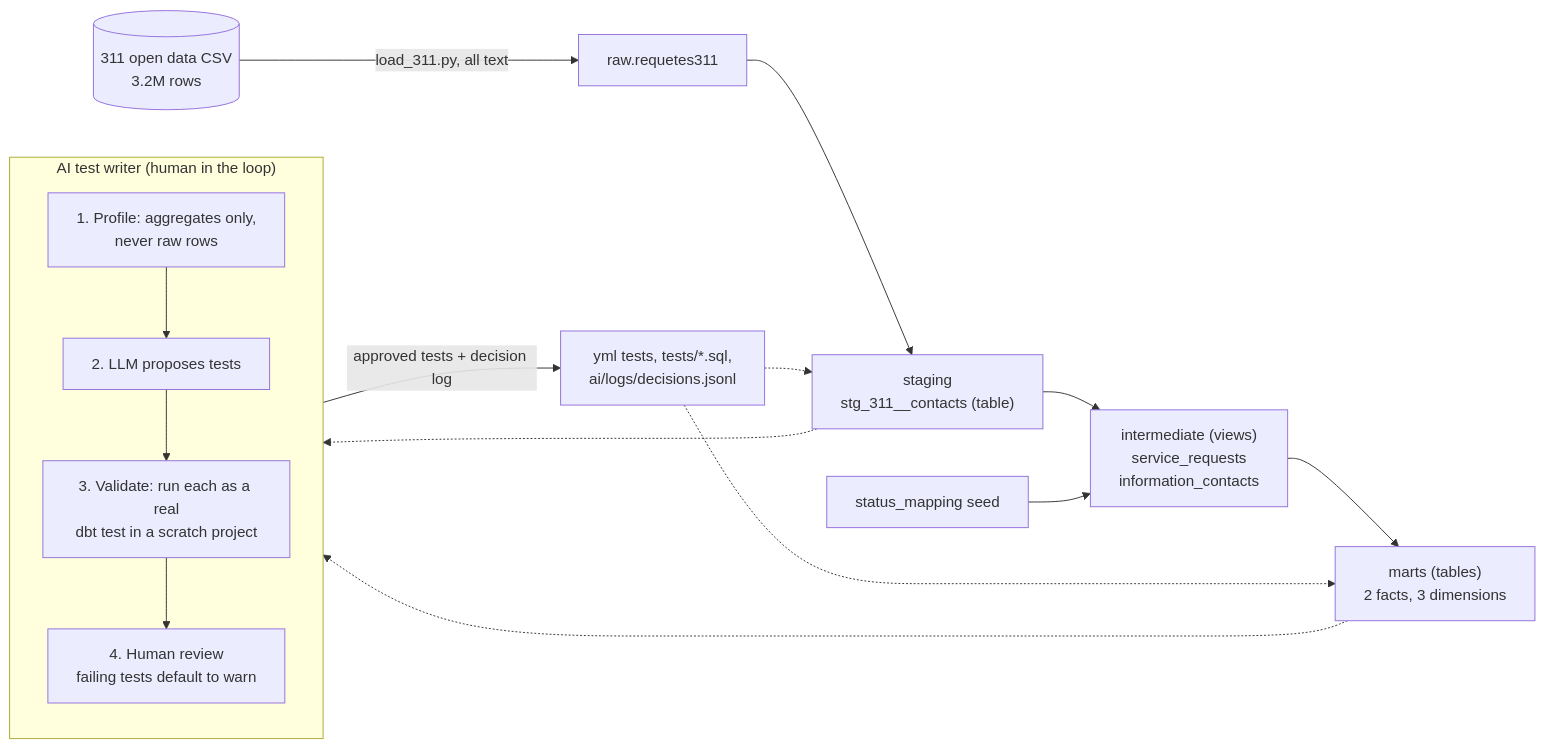
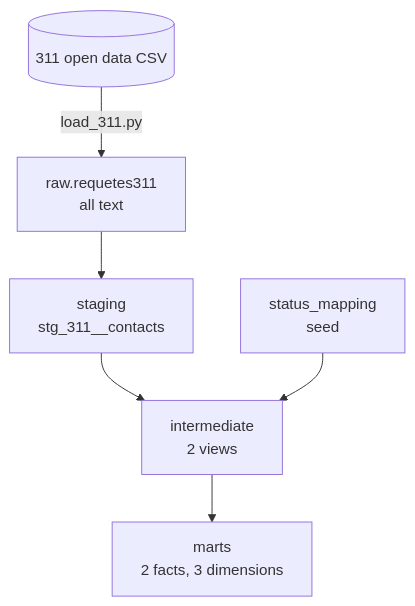
Before and after one commit to t-testa/montreal-311-dbt: the first of 2 diagrams in README.md, drawn with Mermaid. The commit also changed other lines of this file and 1 other file, not shown here.

Commit message:
repo polish: SQL language stats, readable diagrams, build note

````diff
--- a/README.md
+++ b/README.md
@@ -13,21 +15,8 @@
 ```mermaid
-flowchart LR
-    CSV[("311 open data CSV<br/>3.2M rows")] -->|"load_311.py, all text"| RAW["raw.requetes311"]
-    RAW --> STG["staging<br/>stg_311__contacts (table)"]
-    STG --> INT["intermediate (views)<br/>service_requests<br/>information_contacts"]
-    SEED["status_mapping seed"] --> INT
-    INT --> MARTS["marts (tables)<br/>2 facts, 3 dimensions"]
-
-    subgraph AI["AI test writer (human in the loop)"]
-        direction TB
-        P["1. Profile: aggregates only,<br/>never raw rows"] --> L["2. LLM proposes tests"]
-        L --> V["3. Validate: run each as a real<br/>dbt test in a scratch project"]
-        V --> R["4. Human review<br/>failing tests default to warn"]
-    end
-
-    STG -.-> P
-    MARTS -.-> P
-    R -->|"approved tests + decision log"| T["yml tests, tests/*.sql,<br/>ai/logs/decisions.jsonl"]
-    T -.-> STG
-    T -.-> MARTS
+flowchart TD
+    CSV[("311 open data CSV")] -->|"load_311.py"| RAW["raw.requetes311<br/>all text"]
+    RAW --> STG["staging<br/>stg_311__contacts"]
+    STG --> INT["intermediate<br/>2 views"]
+    SEED["status_mapping<br/>seed"] --> INT
+    INT --> MARTS["marts<br/>2 facts, 3 dimensions"]
 ```
````
